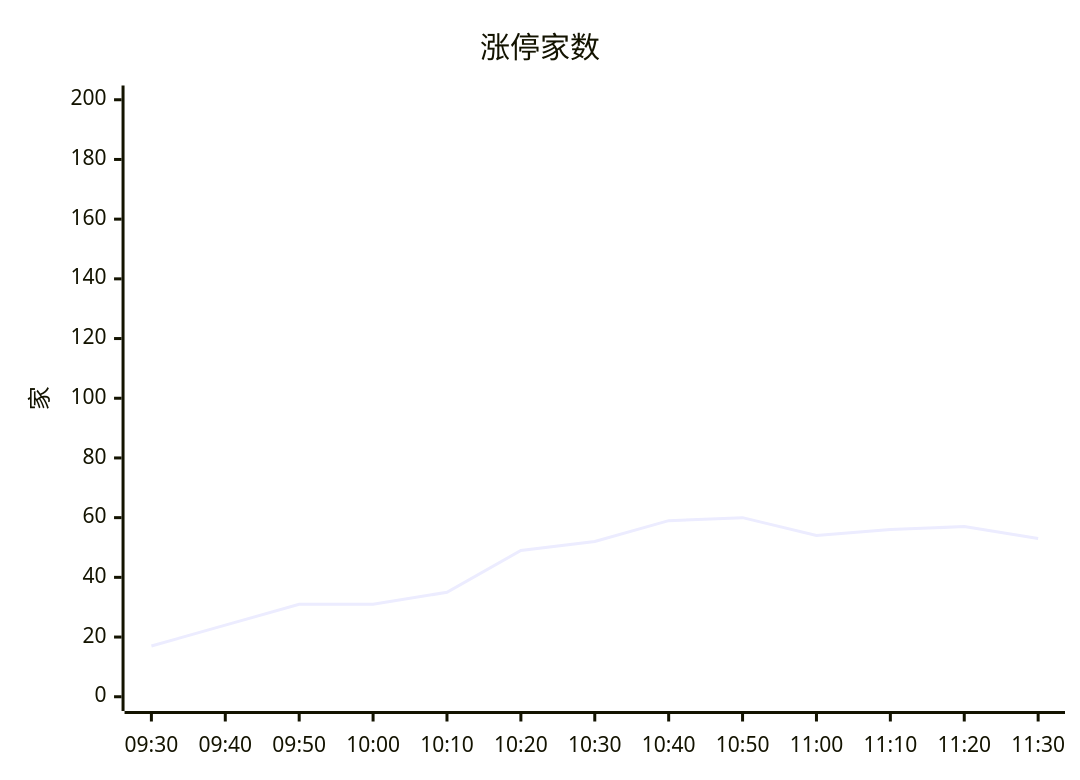
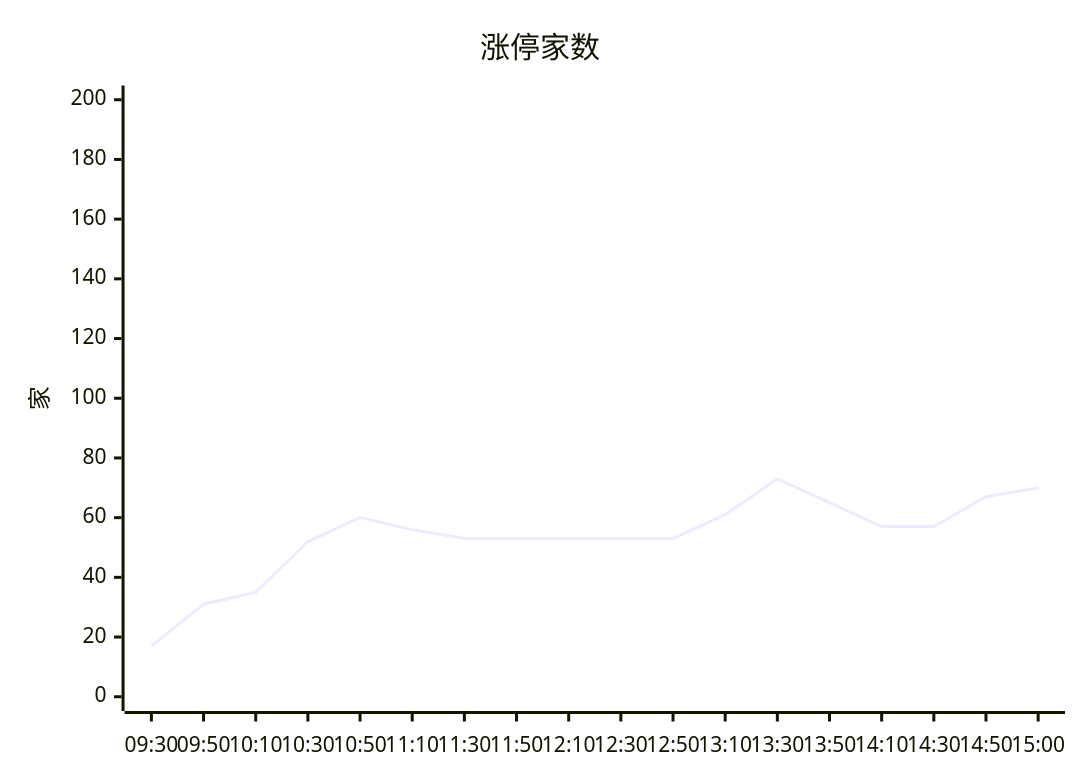
The third of 37 diagrams in content/投研交易/盘中分析/20261126.md (hesherchen-sketch/ray1992chzl), drawn with Mermaid before and after one commit. The commit also changed other lines of this file, not shown here.

````diff
--- a/content/投研交易/盘中分析/20261126.md
+++ b/content/投研交易/盘中分析/20261126.md
@@ -116,7 +139,7 @@
 ```mermaid
 xychart-beta
     title "涨停家数"
-    x-axis ["09:30", "09:40", "09:50", "10:00", "10:10", "10:20", "10:30", "10:40", "10:50", "11:00", "11:10", "11:20", "11:30"]
+    x-axis ["09:30", "09:50", "10:10", "10:30", "10:50", "11:10", "11:30", "11:50", "12:10", "12:30", "12:50", "13:10", "13:30", "13:50", "14:10", "14:30", "14:50", "15:00"]
     y-axis "家" 0 --> 200
-    line [17, 24, 31, 31, 35, 49, 52, 59, 60, 54, 56, 57, 53]
+    line [17, 31, 35, 52, 60, 56, 53, 53, 53, 53, 53, 61, 73, 65, 57, 57, 67, 70]
 ```
````
